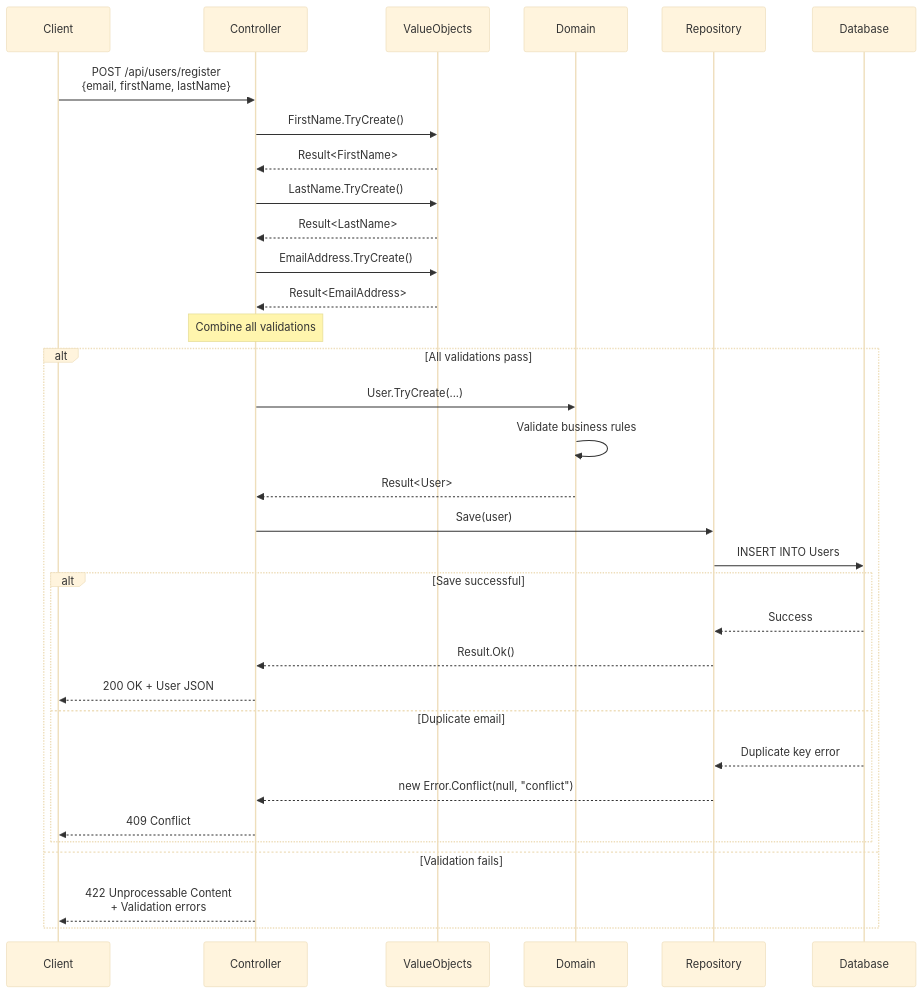
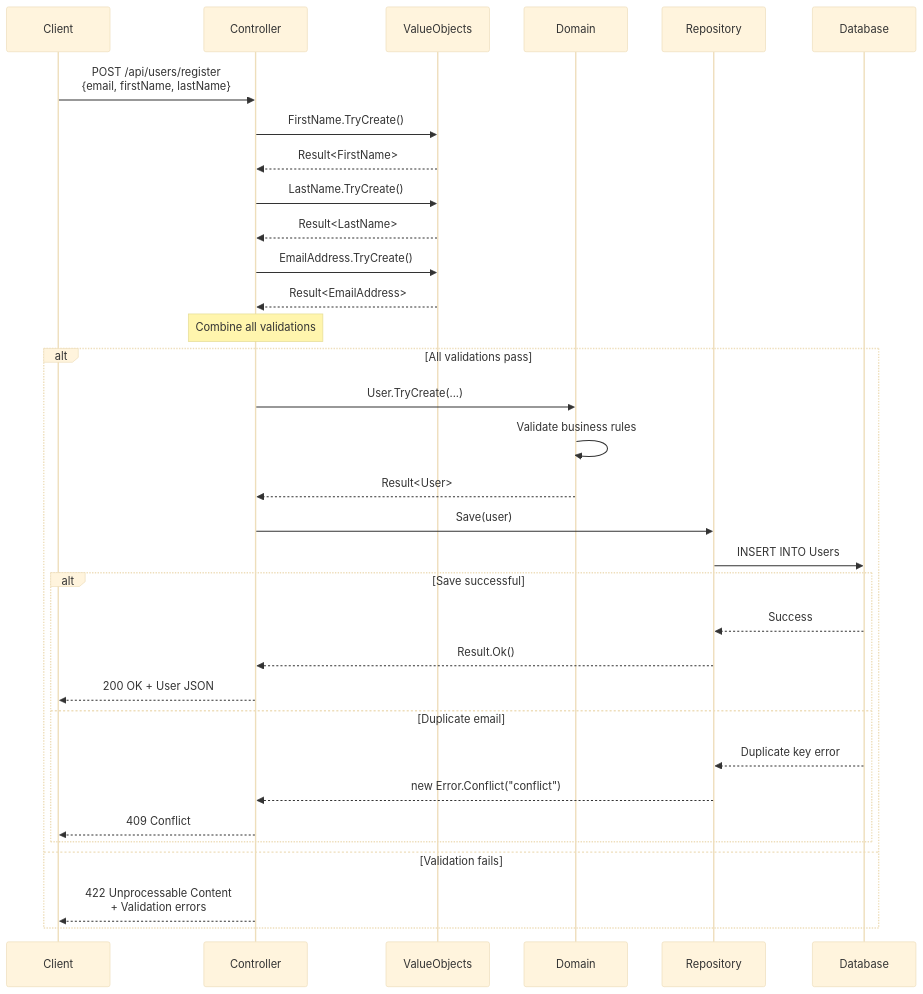
Before and after one commit to xavierjohn/Trellis: diagram 16 of 18 in docs/DIAGRAMS.md, drawn with Mermaid (base theme). The commit also changed 175 other files, not shown here.

````diff
--- a/docs/DIAGRAMS.md
+++ b/docs/DIAGRAMS.md
@@ -639,43 +639,43 @@
 ```mermaid
 sequenceDiagram
     participant Client
     participant Controller
     participant ValueObjects
     participant Domain
     participant Repository
     participant Database
     
     Client->>Controller: POST /api/users/register<br/>{email, firstName, lastName}
     
     Controller->>ValueObjects: FirstName.TryCreate()
     ValueObjects-->>Controller: Result<FirstName>
     
     Controller->>ValueObjects: LastName.TryCreate()
     ValueObjects-->>Controller: Result<LastName>
     
     Controller->>ValueObjects: EmailAddress.TryCreate()
     ValueObjects-->>Controller: Result<EmailAddress>
     
     Note over Controller: Combine all validations
     
     alt All validations pass
         Controller->>Domain: User.TryCreate(...)
         Domain->>Domain: Validate business rules
         Domain-->>Controller: Result<User>
         
         Controller->>Repository: Save(user)
         Repository->>Database: INSERT INTO Users
         
         alt Save successful
             Database-->>Repository: Success
             Repository-->>Controller: Result.Ok()
             Controller-->>Client: 200 OK + User JSON
         else Duplicate email
             Database-->>Repository: Duplicate key error
-            Repository-->>Controller: new Error.Conflict(null, "conflict")
+            Repository-->>Controller: new Error.Conflict("conflict")
             Controller-->>Client: 409 Conflict
         end
     else Validation fails
         Controller-->>Client: 422 Unprocessable Content<br/>+ Validation errors
     end
 ```
````
